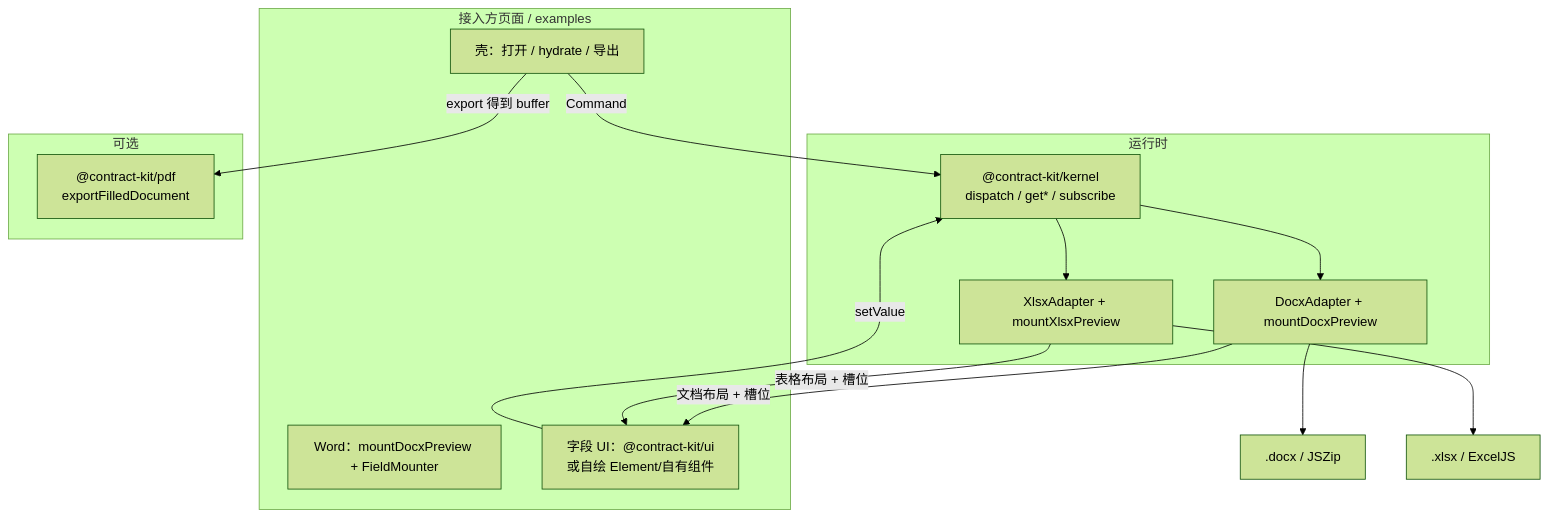
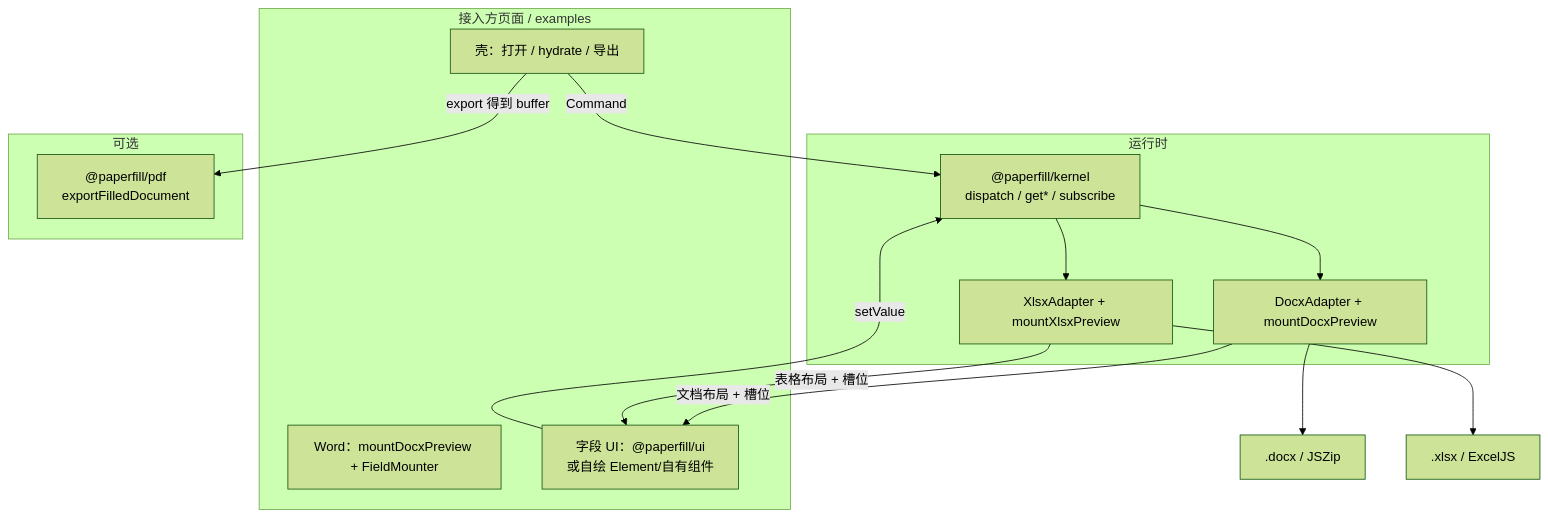
The first of 5 diagrams in docs/architecture.md (xxxxxuhb/contract-kit), drawn with Mermaid (forest theme) before and after one commit. The commit also changed other lines of this file and 63 other files, not shown here.

````diff
--- a/docs/architecture.md
+++ b/docs/architecture.md
@@ -53,28 +53,28 @@
 ```mermaid
 flowchart TB
   subgraph Page["接入方页面 / examples"]
     Shell["壳：打开 / hydrate / 导出"]
     DocxHost["Word：mountDocxPreview + FieldMounter"]
-    FieldUI["字段 UI：@contract-kit/ui<br/>或自绘 Element/自有组件"]
+    FieldUI["字段 UI：@paperfill/ui<br/>或自绘 Element/自有组件"]
   end
 
   subgraph Core["运行时"]
-    Kernel["@contract-kit/kernel<br/>dispatch / get* / subscribe"]
+    Kernel["@paperfill/kernel<br/>dispatch / get* / subscribe"]
     Docx["DocxAdapter + mountDocxPreview"]
     Xlsx["XlsxAdapter + mountXlsxPreview"]
   end
 
   subgraph Optional["可选"]
-    Pdf["@contract-kit/pdf<br/>exportFilledDocument"]
+    Pdf["@paperfill/pdf<br/>exportFilledDocument"]
   end
 
   Shell -->|Command| Kernel
   Docx -->|"文档布局 + 槽位"| FieldUI
   Xlsx -->|"表格布局 + 槽位"| FieldUI
   FieldUI -->|setValue| Kernel
   Kernel --> Docx
   Kernel --> Xlsx
   Shell -->|export 得到 buffer| Pdf
   Docx --> OOXML[".docx / JSZip"]
   Xlsx --> XLSX[".xlsx / ExcelJS"]
 ```
````
